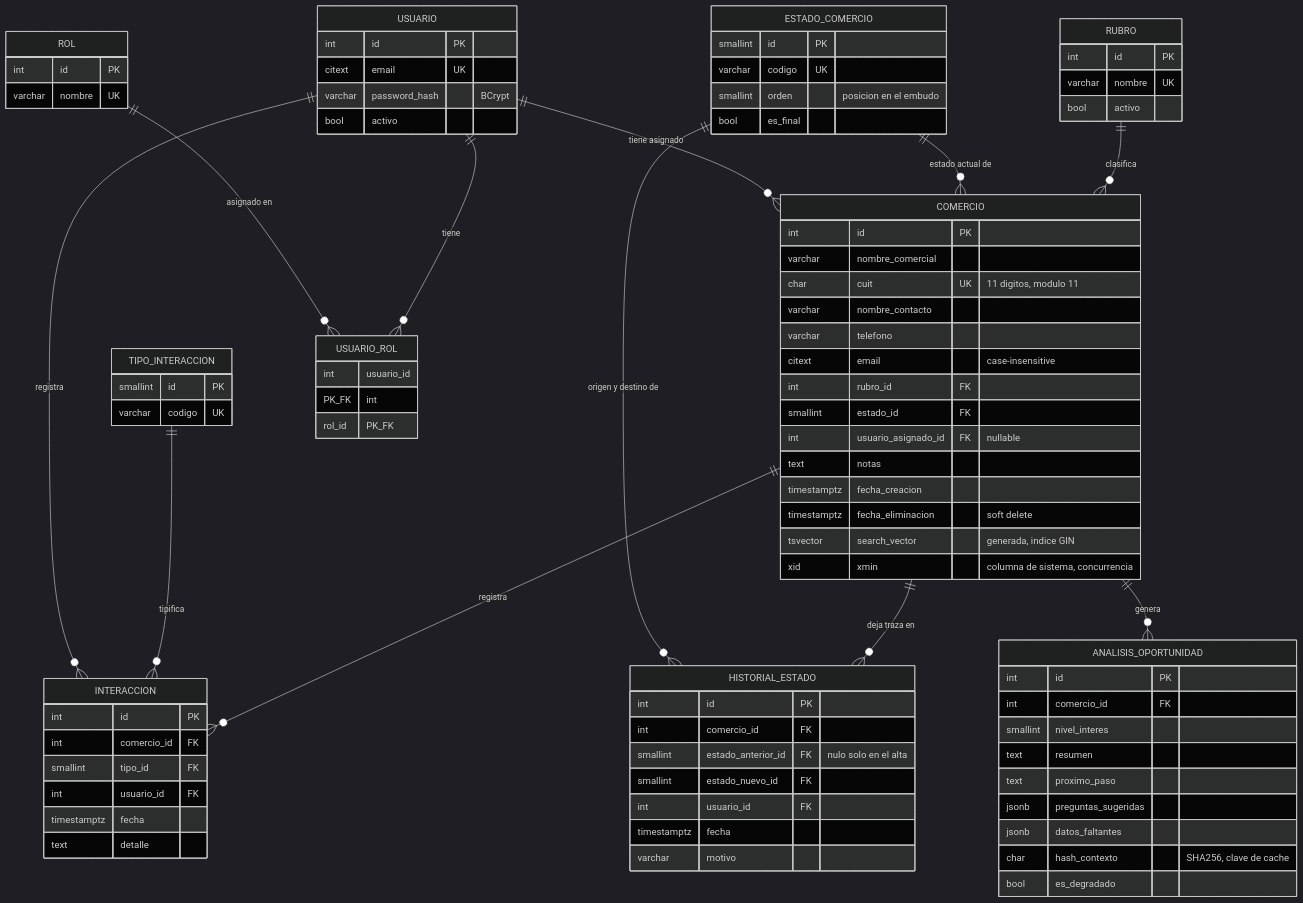
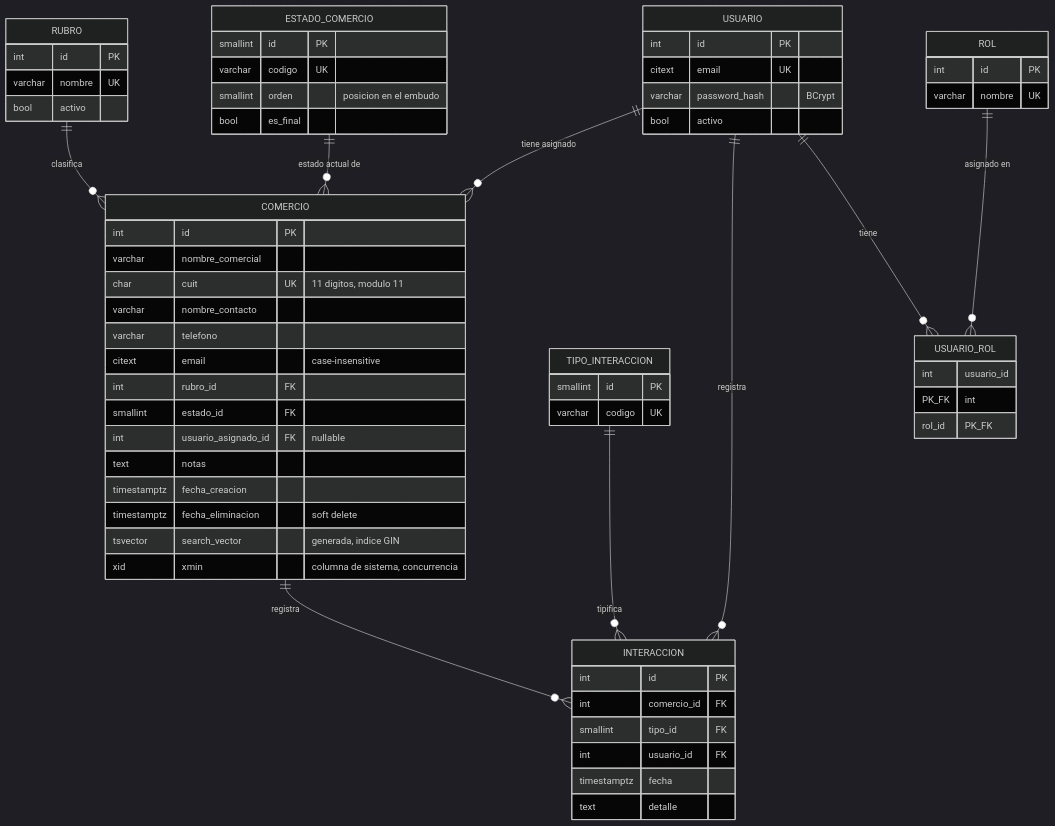
The diagram in README.md (valentin21103/zocotasks-backend), drawn with Mermaid (dark theme) before and after one commit. The commit also changed other lines of this file and 10 other files, not shown here.

````diff
--- a/README.md
+++ b/README.md
@@ -109,11 +109,8 @@
 ```mermaid
 erDiagram
     COMERCIO ||--o{ INTERACCION : "registra"
-    COMERCIO ||--o{ HISTORIAL_ESTADO : "deja traza en"
-    COMERCIO ||--o{ ANALISIS_OPORTUNIDAD : "genera"
     RUBRO ||--o{ COMERCIO : "clasifica"
     ESTADO_COMERCIO ||--o{ COMERCIO : "estado actual de"
-    ESTADO_COMERCIO ||--o{ HISTORIAL_ESTADO : "origen y destino de"
     TIPO_INTERACCION ||--o{ INTERACCION : "tipifica"
     USUARIO ||--o{ COMERCIO : "tiene asignado"
     USUARIO ||--o{ INTERACCION : "registra"
@@ -144,28 +141,6 @@
         int usuario_id FK
         timestamptz fecha
         text detalle
-    }
-
-    HISTORIAL_ESTADO {
-        int id PK
-        int comercio_id FK
-        smallint estado_anterior_id FK "nulo solo en el alta"
-        smallint estado_nuevo_id FK
-        int usuario_id FK
-        timestamptz fecha
-        varchar motivo
-    }
-
-    ANALISIS_OPORTUNIDAD {
-        int id PK
-        int comercio_id FK
-        smallint nivel_interes
-        text resumen
-        text proximo_paso
-        jsonb preguntas_sugeridas
-        jsonb datos_faltantes
-        char hash_contexto "SHA256, clave de cache"
-        bool es_degradado
     }
 
     ESTADO_COMERCIO {
````
